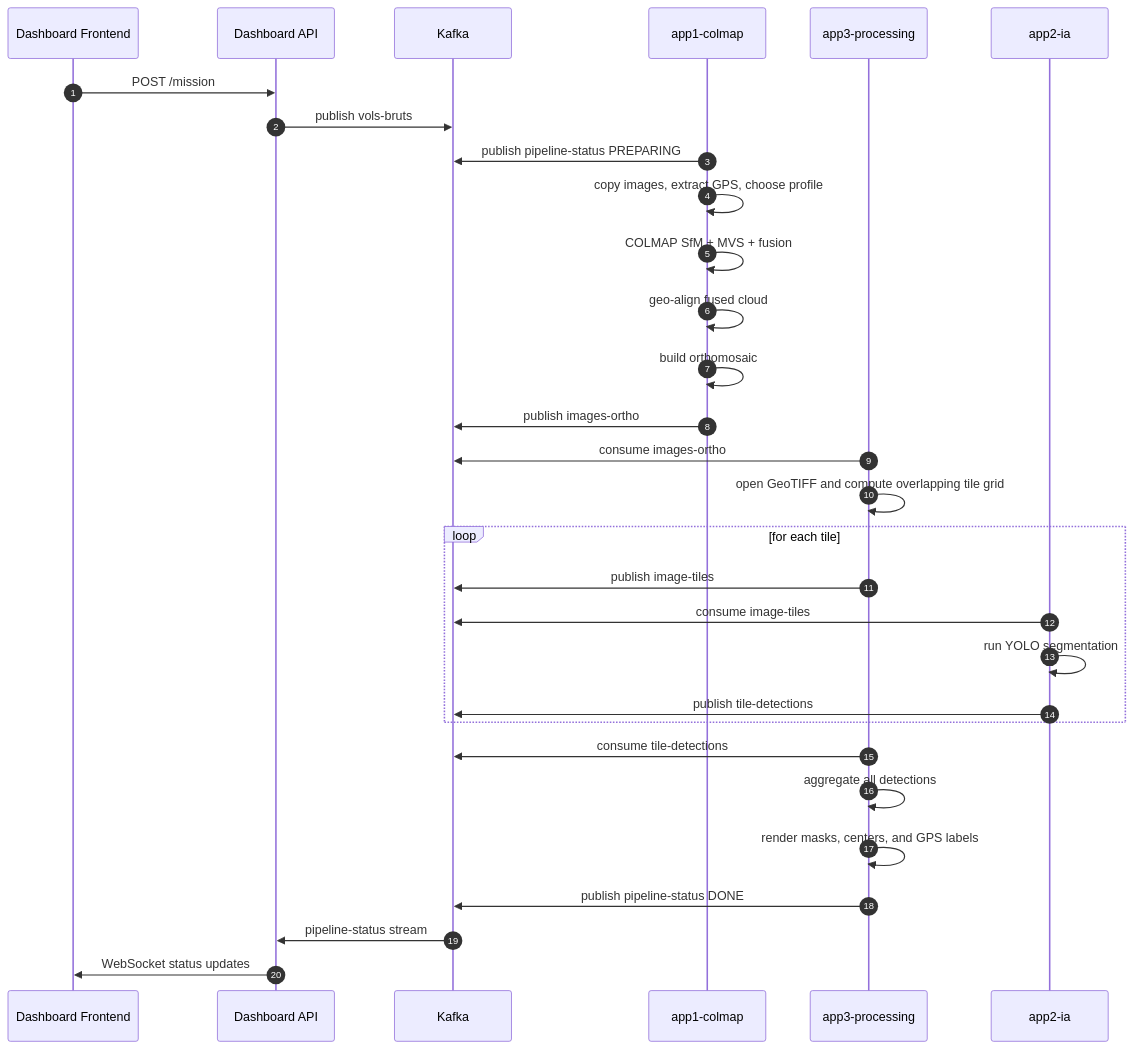
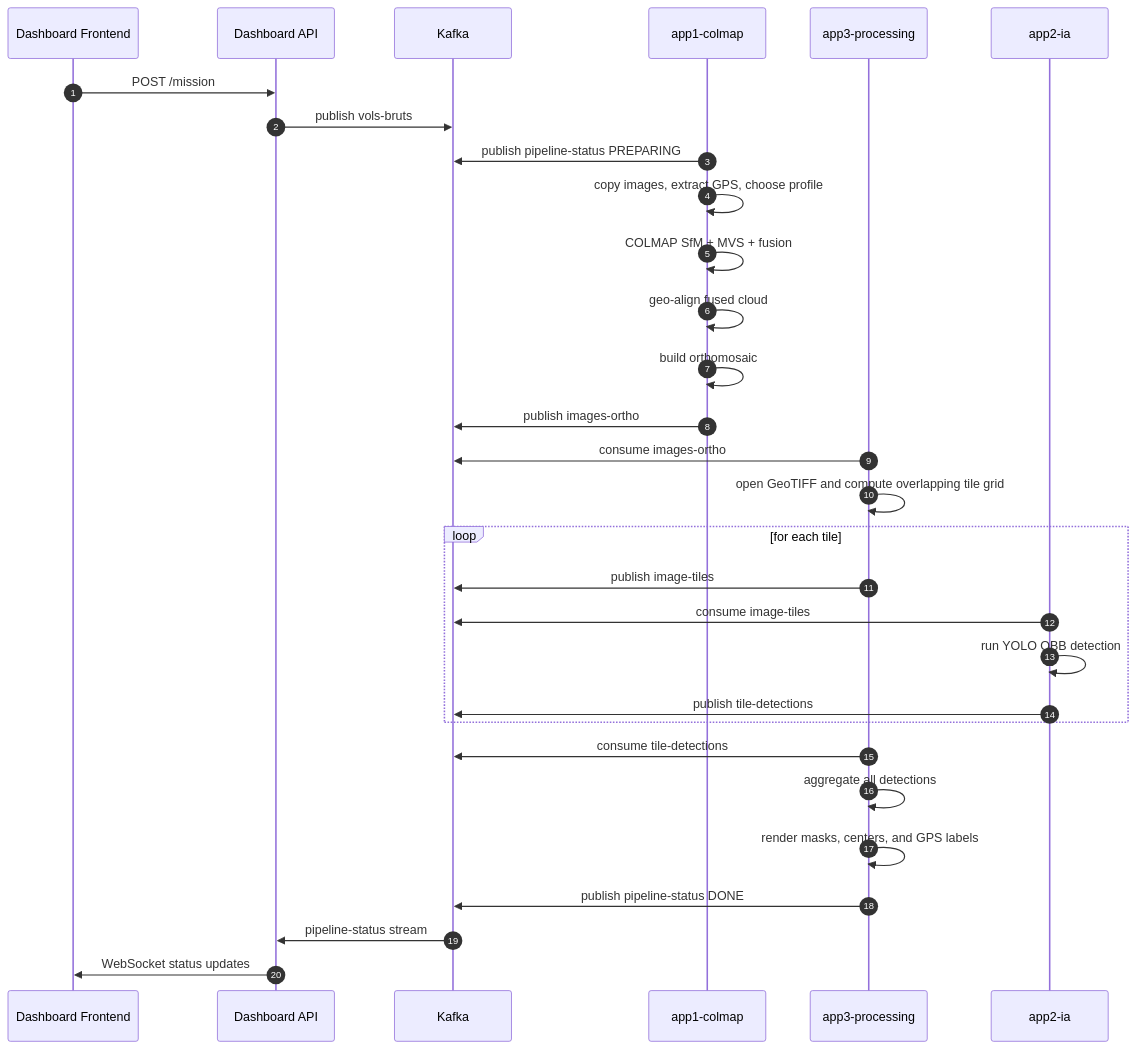
Before and after one commit to olivelb/DroneAI: the first of 8 diagrams in DOCUMENTATION.md, drawn with Mermaid. The commit also changed other lines of this file and 20 other files, not shown here.

````diff
--- a/DOCUMENTATION.md
+++ b/DOCUMENTATION.md
@@ -417,33 +417,33 @@
 ```mermaid
 sequenceDiagram
     autonumber
     participant UI as Dashboard Frontend
     participant API as Dashboard API
     participant K as Kafka
     participant C as app1-colmap
     participant P as app3-processing
     participant IA as app2-ia
 
     UI->>API: POST /mission
     API->>K: publish vols-bruts
     C->>K: publish pipeline-status PREPARING
     C->>C: copy images, extract GPS, choose profile
     C->>C: COLMAP SfM + MVS + fusion
     C->>C: geo-align fused cloud
     C->>C: build orthomosaic
     C->>K: publish images-ortho
     P->>K: consume images-ortho
     P->>P: open GeoTIFF and compute overlapping tile grid
     loop for each tile
         P->>K: publish image-tiles
         IA->>K: consume image-tiles
-        IA->>IA: run YOLO segmentation
+        IA->>IA: run YOLO OBB detection
         IA->>K: publish tile-detections
     end
     P->>K: consume tile-detections
     P->>P: aggregate all detections
     P->>P: render masks, centers, and GPS labels
     P->>K: publish pipeline-status DONE
     K->>API: pipeline-status stream
     API->>UI: WebSocket status updates
 ```
````
